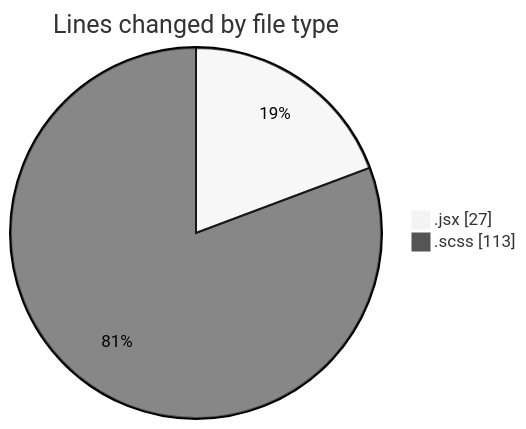
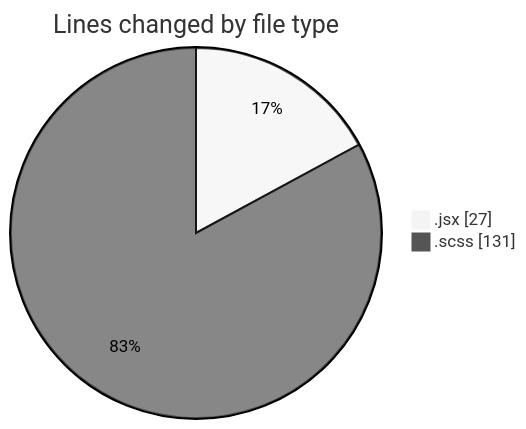
The first of 2 diagrams in 2026-03-16/cda/README.md (momahboobian/code-tracking), drawn with Mermaid (neutral theme) before and after one commit. The commit also changed other lines of this file and 1 other file, not shown here.

````diff
--- a/2026-03-16/cda/README.md
+++ b/2026-03-16/cda/README.md
@@ -21,6 +21,6 @@
 ```mermaid
 pie showData
 title Lines changed by file type
 ".jsx" : 27
-".scss" : 113
+".scss" : 131
 ```
````
